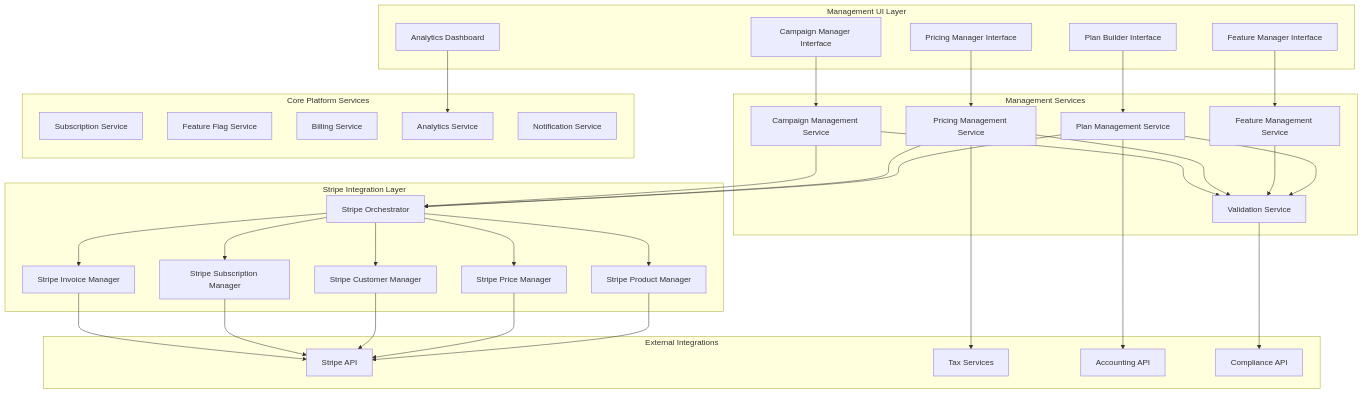
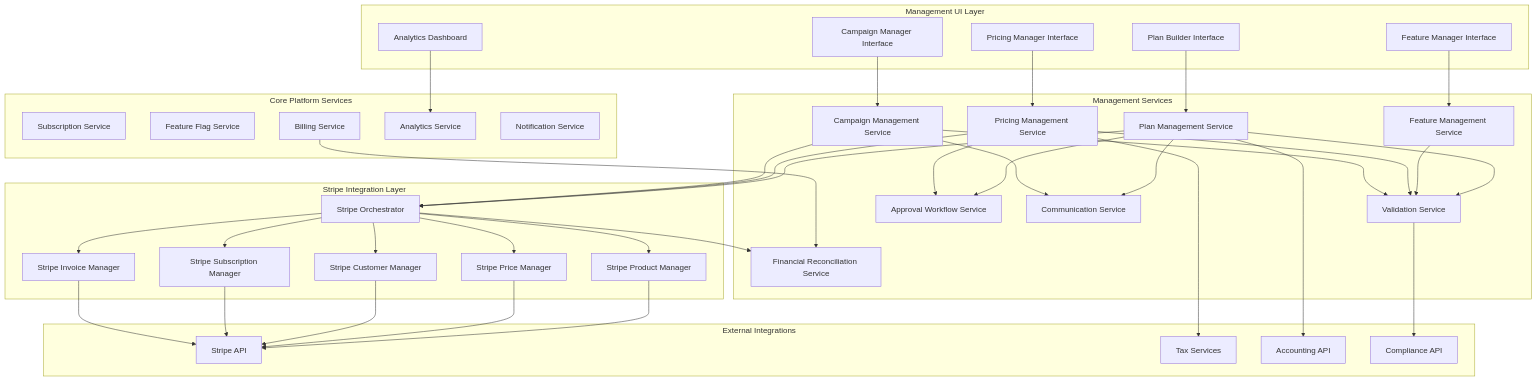
Before and after one commit to EtherealVisions/c9d-ai: the first of 6 diagrams in .kiro/specs/feature-subscription-management-ui/design.md, drawn with Mermaid. The commit also changed other lines of this file and 52 other files, not shown here.

```diff
--- a/.kiro/specs/feature-subscription-management-ui/design.md
+++ b/.kiro/specs/feature-subscription-management-ui/design.md
@@ -26,6 +123,9 @@
         PricingMgmtService[Pricing Management Service]
         CampaignMgmtService[Campaign Management Service]
         ValidationService[Validation Service]
+        ApprovalService[Approval Workflow Service]
+        CommunicationService[Communication Service]
+        ReconciliationService[Financial Reconciliation Service]
     end
     
     subgraph "Core Platform Services"
@@ -63,6 +163,14 @@
     PricingMgmtService --> ValidationService
     CampaignMgmtService --> ValidationService
     
+    PlanMgmtService --> ApprovalService
+    PricingMgmtService --> ApprovalService
+    PlanMgmtService --> CommunicationService
+    CampaignMgmtService --> CommunicationService
+    
+    StripeOrchestrator --> ReconciliationService
+    BillingService --> ReconciliationService
+    
     PlanMgmtService --> StripeOrchestrator
     PricingMgmtService --> StripeOrchestrator
     CampaignMgmtService --> StripeOrchestrator
```
